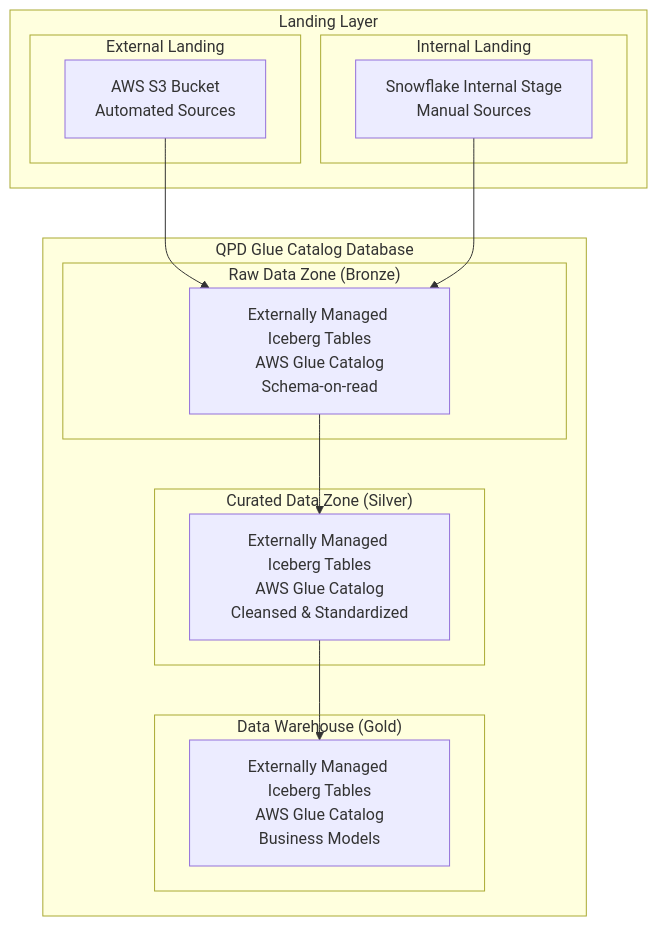
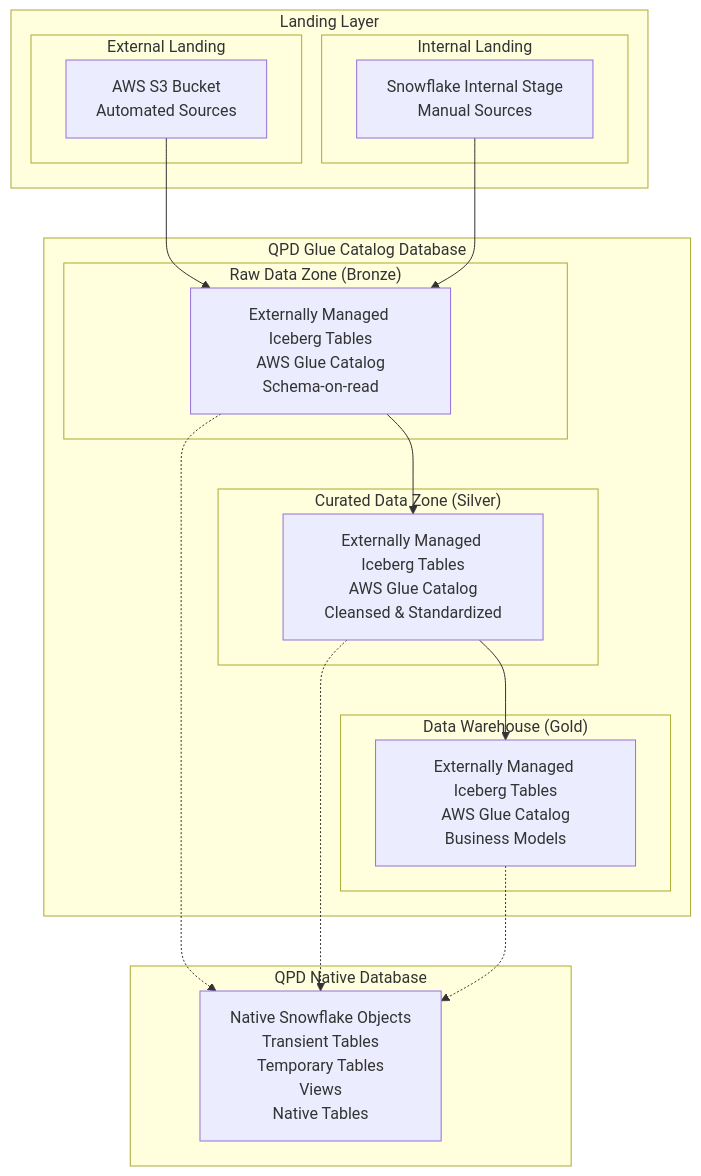
The third of 23 diagrams in 15-BB-QPD Future State/QPD - Future State.md (sfc-gh-mhindi/REPO_CBA), drawn with Mermaid before and after one commit. The commit also changed other lines of this file, not shown here.

Commit message:
Update QPD - Future State.md

````diff
--- a/15-BB-QPD Future State/QPD - Future State.md
+++ b/15-BB-QPD Future State/QPD - Future State.md
@@ -313,30 +314,37 @@
 ```mermaid
 graph TB
-        subgraph "Landing Layer"
-            subgraph "External Landing"
+    subgraph "Landing Layer"
+        subgraph "External Landing"
             S3_Ext[AWS S3 Bucket<br/>Automated Sources]
-            end
-            subgraph "Internal Landing"
-                SF_Stage[Snowflake Internal Stage<br/>Manual Sources]
-            end
         end
-        
+        subgraph "Internal Landing"
+            SF_Stage[Snowflake Internal Stage<br/>Manual Sources]
+        end
+    end
+    
     subgraph "QPD Glue Catalog Database"
         subgraph "Raw Data Zone (Bronze)"
             Bronze[Externally Managed Iceberg Tables<br/>AWS Glue Catalog<br/>Schema-on-read]
         end
         
         subgraph "Curated Data Zone (Silver)"
             Silver[Externally Managed Iceberg Tables<br/>AWS Glue Catalog<br/>Cleansed & Standardized]
-    end
-    
+        end
+        
         subgraph "Data Warehouse (Gold)"
             Gold[Externally Managed Iceberg Tables<br/>AWS Glue Catalog<br/>Business Models]
         end
+    end
+    
+    subgraph "QPD Native Database"
+        Native[Native Snowflake Objects<br/>Transient Tables<br/>Temporary Tables<br/>Views<br/>Native Tables]
     end
     
     S3_Ext --> Bronze
     SF_Stage --> Bronze
     Bronze --> Silver
     Silver --> Gold
+    Bronze -.-> Native
+    Silver -.-> Native
+    Gold -.-> Native
 ```
````
